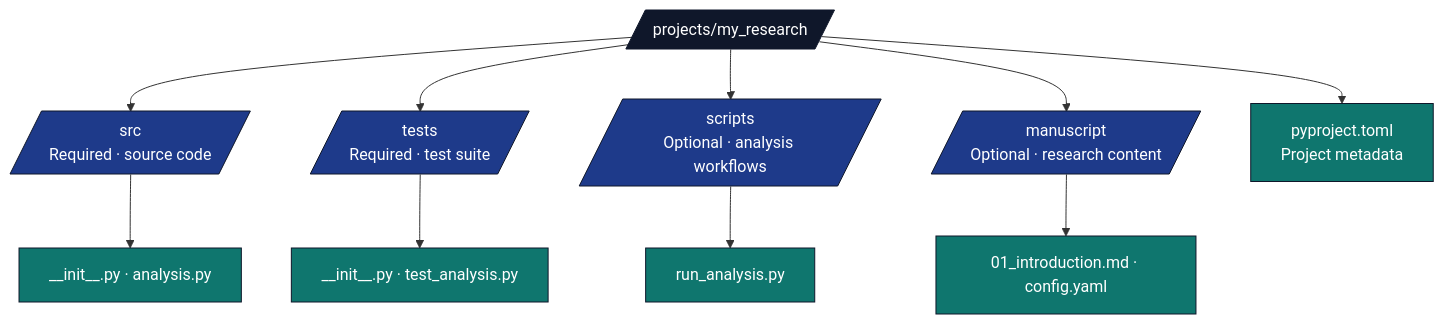
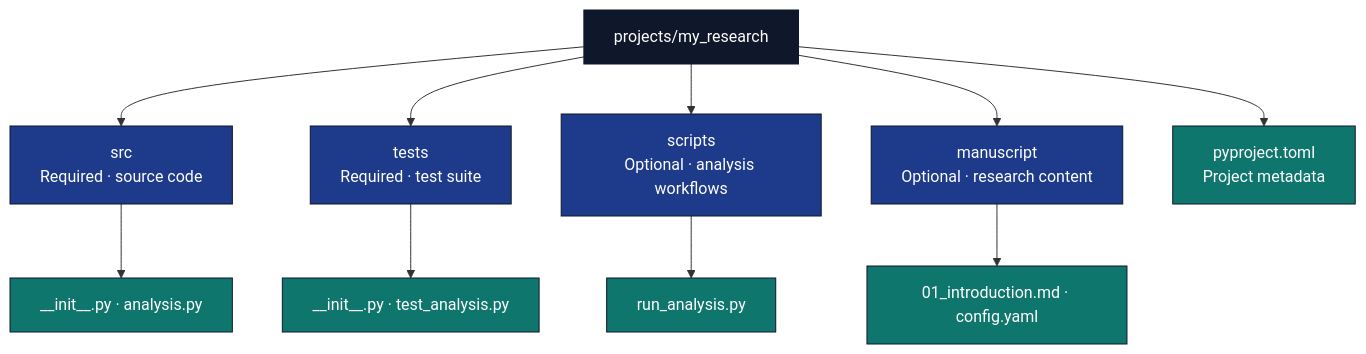
The first of 2 diagrams in infrastructure/project/README.md (docxology/template), drawn with Mermaid before and after one commit. The commit also changed 94 other files, not shown here.

````diff
--- a/infrastructure/project/README.md
+++ b/infrastructure/project/README.md
@@ -160,21 +160,21 @@
 ```mermaid
 flowchart TB
-    P[/projects/my_research/]
-    P --> SRC[/src<br/>Required · source code/]
-    P --> T[/tests<br/>Required · test suite/]
-    P --> SC[/scripts<br/>Optional · analysis workflows/]
-    P --> M[/manuscript<br/>Optional · research content/]
+    P[projects/my_research]
+    P --> SRC[src<br/>Required · source code]
+    P --> T[tests<br/>Required · test suite]
+    P --> SC[scripts<br/>Optional · analysis workflows]
+    P --> M[manuscript<br/>Optional · research content]
     P --> PY[pyproject.toml<br/>Project metadata]
 
     SRC --> SRC_F[__init__.py · analysis.py]
     T --> T_F[__init__.py · test_analysis.py]
     SC --> SC_F[run_analysis.py]
     M --> M_F[01_introduction.md · config.yaml]
 
     classDef d fill:#0f172a,stroke:#0f172a,color:#fff
     classDef pkg fill:#1e3a8a,stroke:#0f172a,color:#fff
     classDef f fill:#0f766e,stroke:#0f172a,color:#fff
     class P d
     class SRC,T,SC,M pkg
     class SRC_F,T_F,SC_F,M_F,PY f
 ```
````
